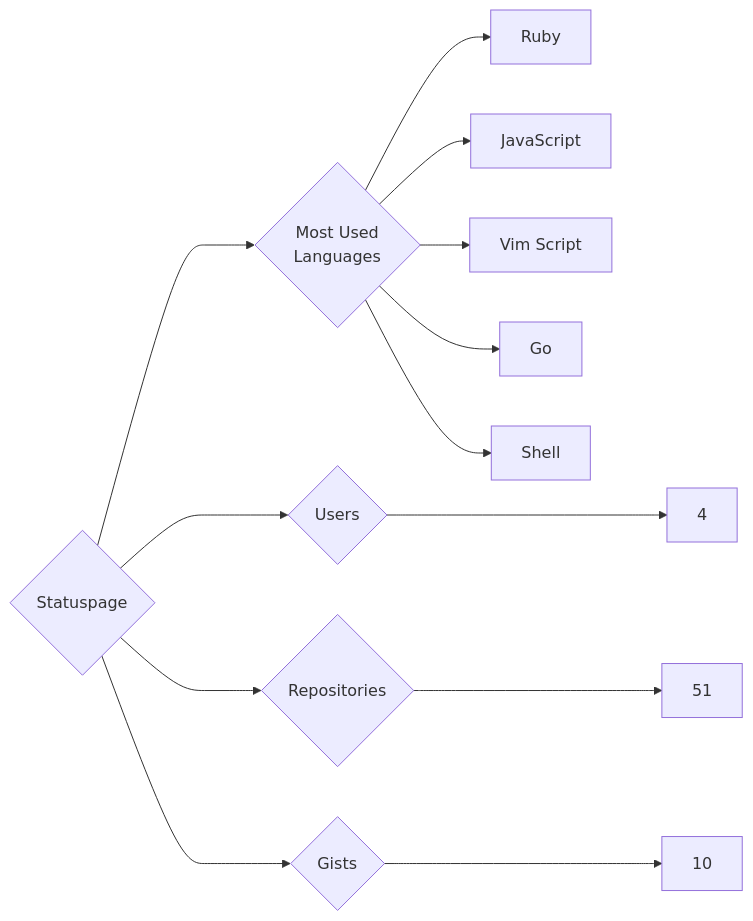
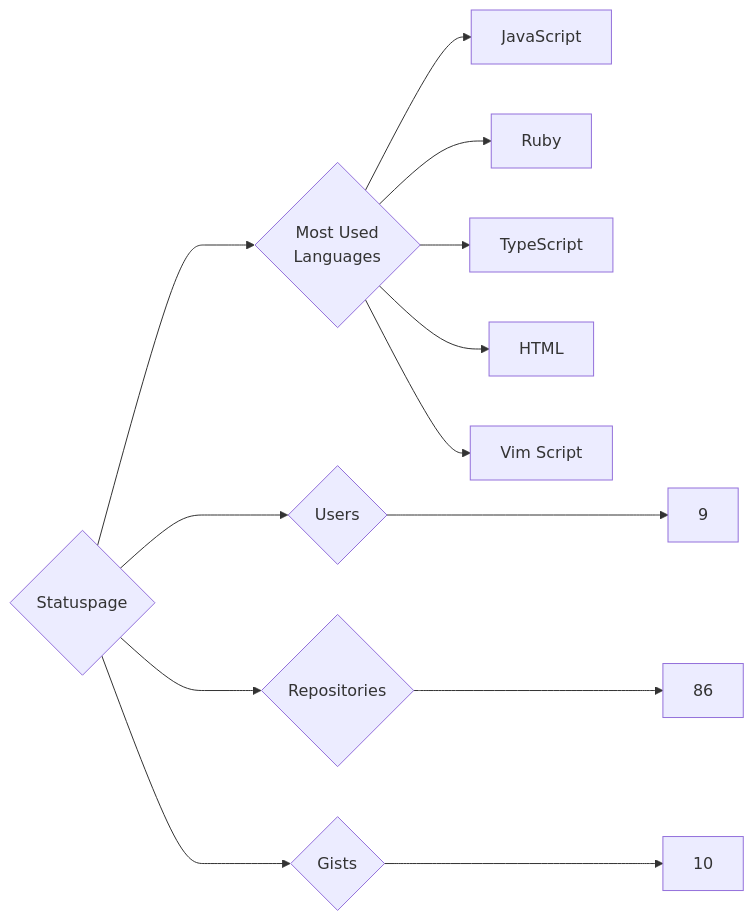
One commit to trickest/insiders changed the diagram in targets/Statuspage/README.md. Above: the diagram before and after it, drawn with Mermaid. The commit also changed 1389 other files, not shown here.

````diff
--- a/targets/Statuspage/README.md
+++ b/targets/Statuspage/README.md
@@ -3,13 +3,13 @@
 ```mermaid
 graph LR
 COMPANY_NAME{Statuspage}
-COMPANY_NAME ---> U{Users} ---> UN[4]
-COMPANY_NAME ---> R{Repositories} ---> RN[51]
+COMPANY_NAME ---> U{Users} ---> UN[9]
+COMPANY_NAME ---> R{Repositories} ---> RN[86]
 COMPANY_NAME ---> G{Gists} ---> GN[10]
 COMPANY_NAME ---> ML{Most Used<br>Languages}
+ML --> JavaScript[JavaScript]
 ML --> Ruby[Ruby]
-ML --> JavaScript[JavaScript]
+ML --> TypeScript[TypeScript]
+ML --> HTML[HTML]
 ML --> Vim_Script[Vim Script]
-ML --> Go[Go]
-ML --> Shell[Shell]
 ```
````
